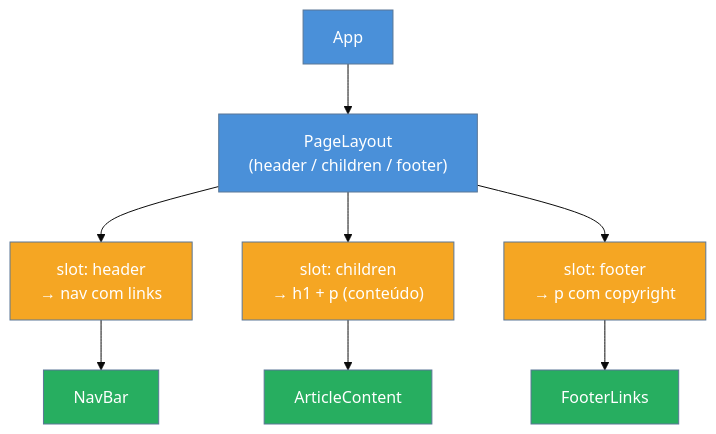
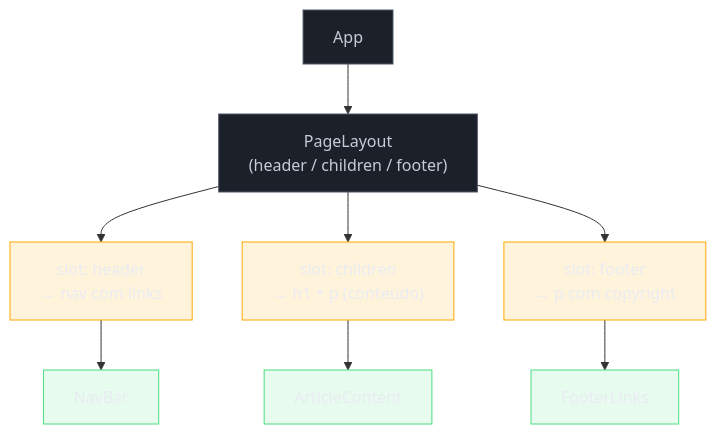
One commit to josenaldo/codex-technomanticus changed the second of 2 diagrams in 03-Dominios/Tecnologia/React/React core/08 - Renderização condicional e composição.md. Above: the diagram before and after it, drawn with Mermaid. The commit also changed other lines of this file and 1181 other files, not shown here.

First line of the commit message:
fix(diagramas): paleta do sistema no lugar de cor cravada no markdown

````diff
--- a/03-Dominios/Tecnologia/React/React core/08 - Renderização condicional e composição.md
+++ b/03-Dominios/Tecnologia/React/React core/08 - Renderização condicional e composição.md
@@ -314,23 +315,25 @@
 ```mermaid
-%%{init: {"theme": "base", "themeVariables": {"primaryColor": "#4A90D9"}}}%%
 graph TD
+    classDef neutro fill:#1B2029,stroke:#4E5666,color:#C6CCD8
+    classDef destaque fill:#FFAA0024,stroke:#FFAA00,color:#E9ECF2
+    classDef ok fill:#4ADE8021,stroke:#4ADE80,color:#E9ECF2
     App["App"]
     App --> Layout["PageLayout\n(header / children / footer)"]
 
     Layout --> H["slot: header\n→ nav com links"]
     Layout --> M["slot: children\n→ h1 + p (conteúdo)"]
     Layout --> F["slot: footer\n→ p com copyright"]
 
     H --> Nav["NavBar"]
     M --> Content["ArticleContent"]
     F --> FooterComp["FooterLinks"]
 
-    style App fill:#4A90D9,color:#fff
-    style Layout fill:#4A90D9,color:#fff
-    style H fill:#F5A623,color:#fff
-    style M fill:#F5A623,color:#fff
-    style F fill:#F5A623,color:#fff
-    style Nav fill:#27AE60,color:#fff
-    style Content fill:#27AE60,color:#fff
-    style FooterComp fill:#27AE60,color:#fff
+    class App neutro
+    class Layout neutro
+    class H destaque
+    class M destaque
+    class F destaque
+    class Nav ok
+    class Content ok
+    class FooterComp ok
 ```
````
